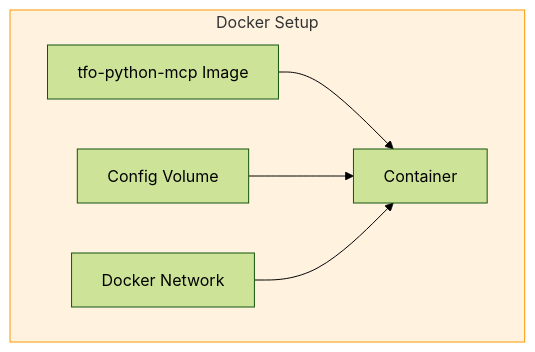
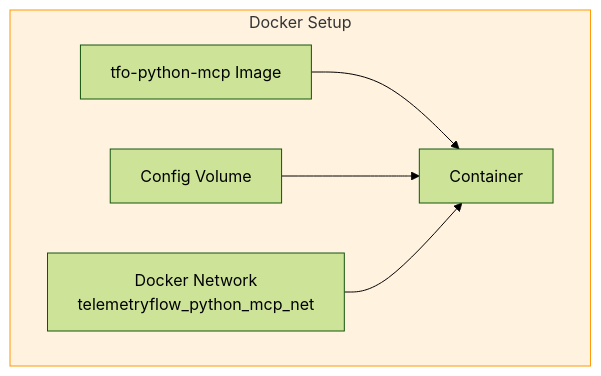
Before and after one commit to telemetryflow/telemetryflow-python-mcp: the fifth of 9 diagrams in docs/INSTALLATION.md, drawn with Mermaid (forest theme). The commit also changed other lines of this file and 89 other files, not shown here.

Commit message:
fix: Upgrade Python MCP to v1.2.0

````diff
--- a/docs/INSTALLATION.md
+++ b/docs/INSTALLATION.md
@@ -302,15 +318,15 @@
 ```mermaid
 flowchart TB
     subgraph Docker["Docker Setup"]
         IMAGE["tfo-python-mcp Image"]
         CONTAINER["Container"]
         VOLUME["Config Volume"]
-        NETWORK["Docker Network"]
+        NETWORK["Docker Network<br/>telemetryflow_python_mcp_net"]
     end
 
     IMAGE --> CONTAINER
     VOLUME --> CONTAINER
     NETWORK --> CONTAINER
 
     style Docker fill:#fff3e0,stroke:#ff9800
 ```
````
